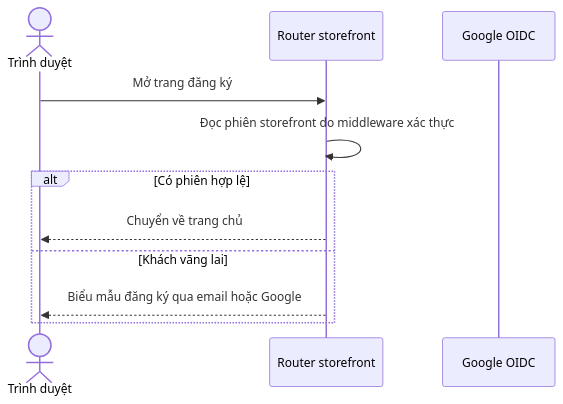
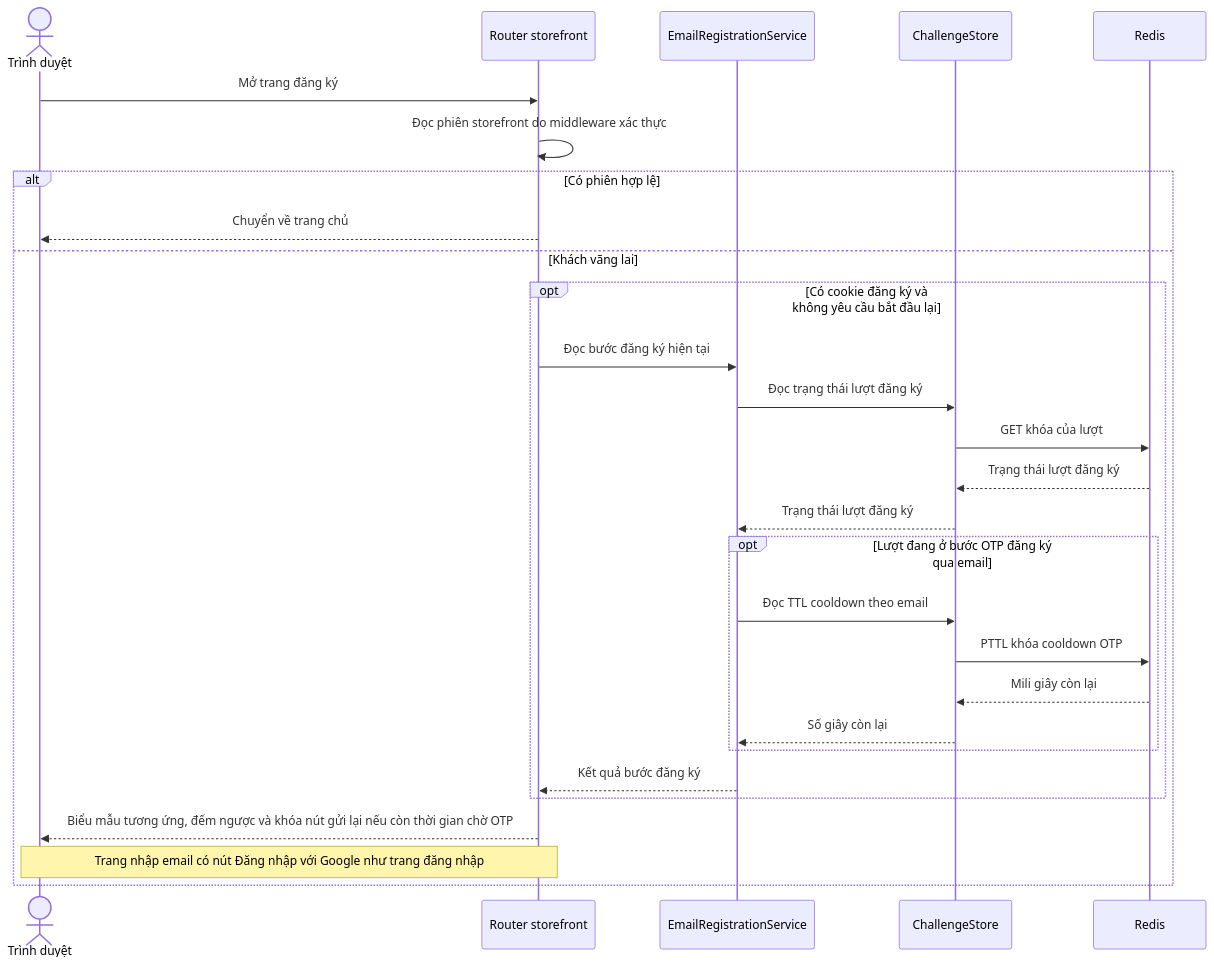
One commit to thanhklt/sobie-swimwear-e-commerce changed the diagram in docs/sequence/identity/get-register.md. Above: the diagram before and after it, drawn with Mermaid. The commit also changed other lines of this file and 127 other files, not shown here.

````diff
--- a/docs/sequence/identity/get-register.md
+++ b/docs/sequence/identity/get-register.md
@@ -5,13 +5,30 @@
 ```mermaid
 sequenceDiagram
     actor Browser as Trình duyệt
     participant Route as Router storefront
-    participant Google as Google OIDC
+    participant Service as EmailRegistrationService
+    participant Store as ChallengeStore
+    participant Redis as Redis
     Browser->>Route: Mở trang đăng ký
     Route->>Route: Đọc phiên storefront do middleware xác thực
     alt Có phiên hợp lệ
         Route-->>Browser: Chuyển về trang chủ
     else Khách vãng lai
-        Route-->>Browser: Biểu mẫu đăng ký qua email hoặc Google
+        opt Có cookie đăng ký và không yêu cầu bắt đầu lại
+            Route->>Service: Đọc bước đăng ký hiện tại
+            Service->>Store: Đọc trạng thái lượt đăng ký
+            Store->>Redis: GET khóa của lượt
+            Redis-->>Store: Trạng thái lượt đăng ký
+            Store-->>Service: Trạng thái lượt đăng ký
+            opt Lượt đang ở bước OTP đăng ký qua email
+                Service->>Store: Đọc TTL cooldown theo email
+                Store->>Redis: PTTL khóa cooldown OTP
+                Redis-->>Store: Mili giây còn lại
+                Store-->>Service: Số giây còn lại
+            end
+            Service-->>Route: Kết quả bước đăng ký
+        end
+        Route-->>Browser: Biểu mẫu tương ứng, đếm ngược và khóa nút gửi lại nếu còn thời gian chờ OTP
+        Note over Browser,Route: Trang nhập email có nút Đăng nhập với Google như trang đăng nhập
     end
 ```
````
